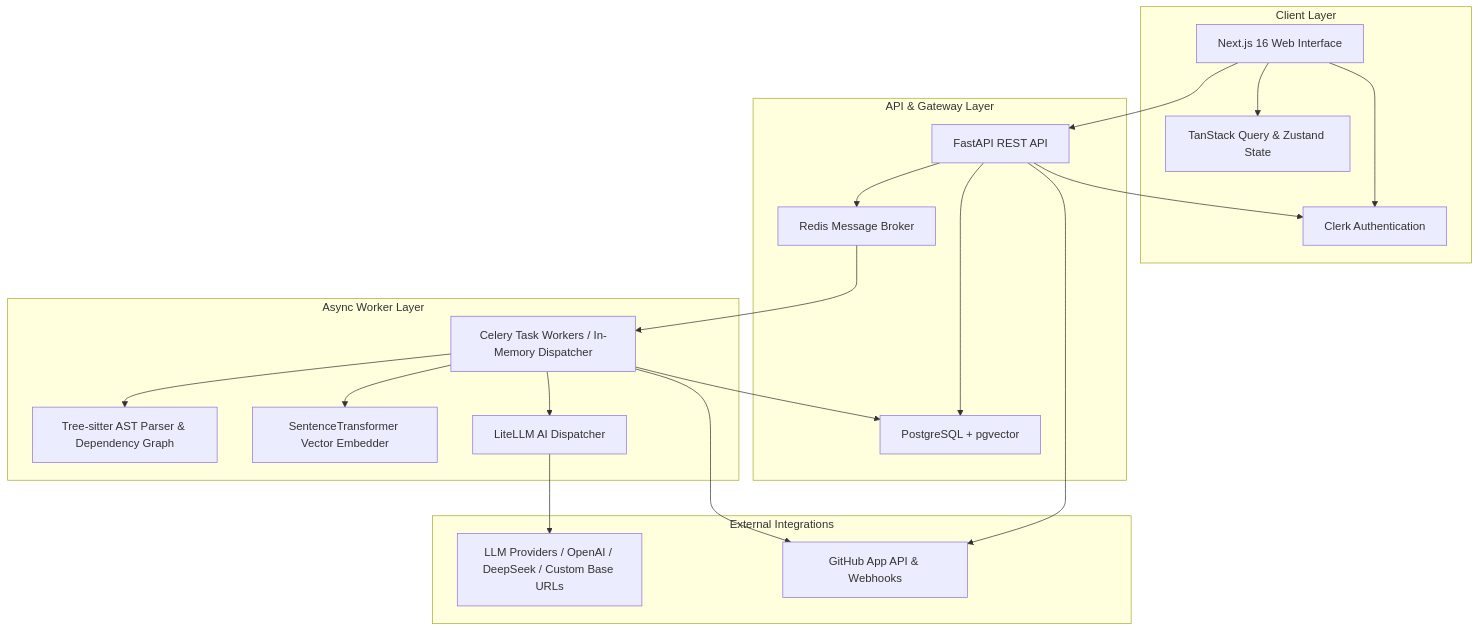
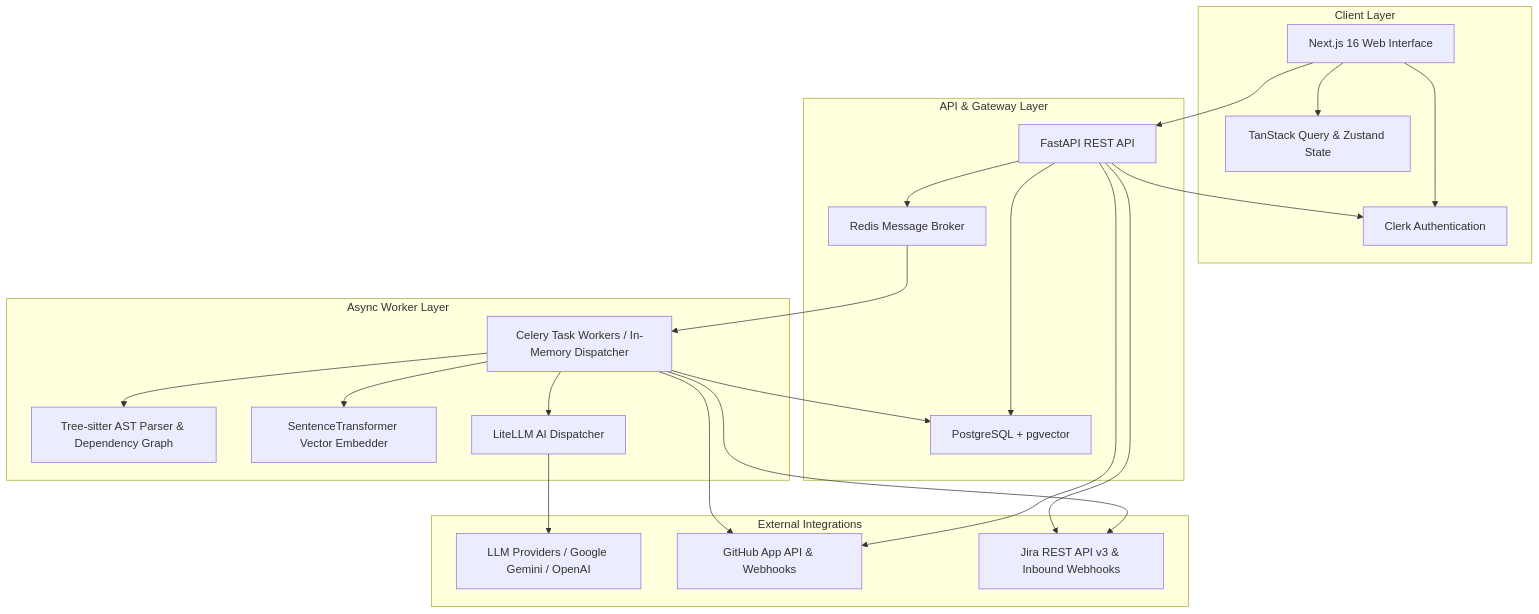
Before and after one commit to GundlaNisha/TraceIQ: the diagram in README.md, drawn with Mermaid. The commit also changed other lines of this file, not shown here.

Commit message:
docs: update README with Jira live sync, webhook test guide, and requirements inspector

````diff
--- a/README.md
+++ b/README.md
@@ -61,29 +74,31 @@
 ```mermaid
 graph TD
     subgraph Client Layer
         A[Next.js 16 Web Interface] --> B[Clerk Authentication]
         A --> C[TanStack Query & Zustand State]
     end
 
     subgraph API & Gateway Layer
         D[FastAPI REST API] --> B
         D --> E[PostgreSQL + pgvector]
         D --> F[Redis Message Broker]
     end
 
     subgraph Async Worker Layer
         F --> G[Celery Task Workers / In-Memory Dispatcher]
         G --> H[Tree-sitter AST Parser & Dependency Graph]
         G --> I[SentenceTransformer Vector Embedder]
         G --> J[LiteLLM AI Dispatcher]
         G --> E
     end
 
     subgraph External Integrations
-        J --> K[LLM Providers / OpenAI / DeepSeek / Custom Base URLs]
+        J --> K[LLM Providers / Google Gemini / OpenAI]
         G --> L[GitHub App API & Webhooks]
         D --> L
+        D --> M[Jira REST API v3 & Inbound Webhooks]
+        G --> M
     end
 
     A --> D
 ```
````
